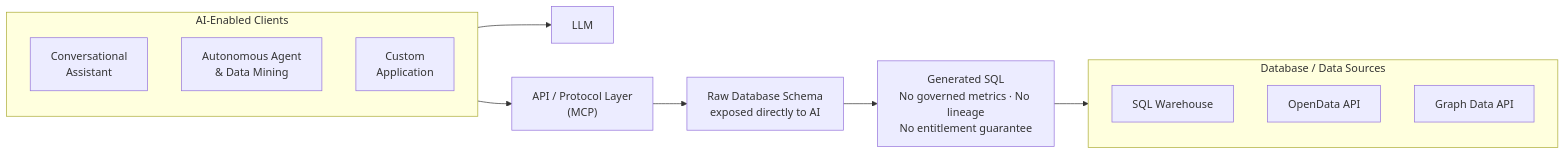
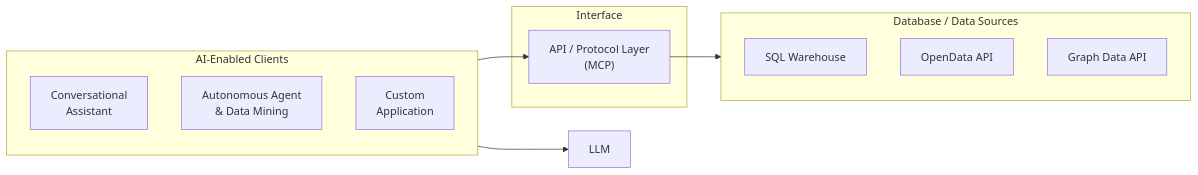
The first of 2 diagrams in docs/product/analytics/00-overview.md (M-A-Operating-System/shared-work), drawn with Mermaid before and after one commit.

Commit message:
Refactor API connections in analytics overview
Updated the analytics overview to simplify the API/protocol layer connections.

````diff
--- a/docs/product/analytics/00-overview.md
+++ b/docs/product/analytics/00-overview.md
@@ -112,24 +112,24 @@
 ```mermaid
 flowchart LR
     subgraph clients["AI-Enabled Clients"]
         direction TB
         C1["Conversational\nAssistant"]
         C2["Autonomous Agent\n& Data Mining"]
         C3["Custom\nApplication"]
     end
     L["LLM"]
+
+    subgraph I["Interface"]
     M["API / Protocol Layer\n(MCP)"]
-    T1["Raw Database Schema\nexposed directly to AI"]
-    T2["Generated SQL\nNo governed metrics · No lineage\nNo entitlement guarantee"]
+    end
+
     subgraph data["Database / Data Sources"]
         direction TB
         D1["SQL Warehouse"]
         D2["OpenData API"]
         D3["Graph Data API"]
     end
     clients --> L
     clients --> M
-    M --> T1
-    T1 --> T2
-    T2 --> data
+    M --> data
 ```
````
